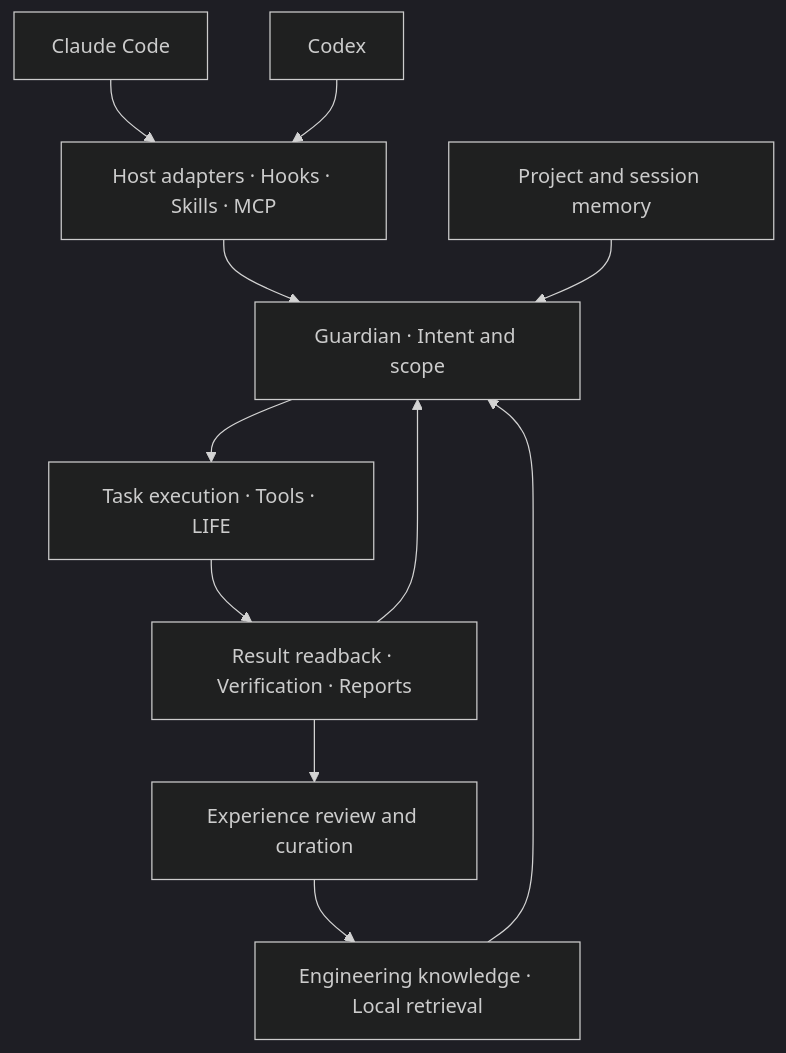
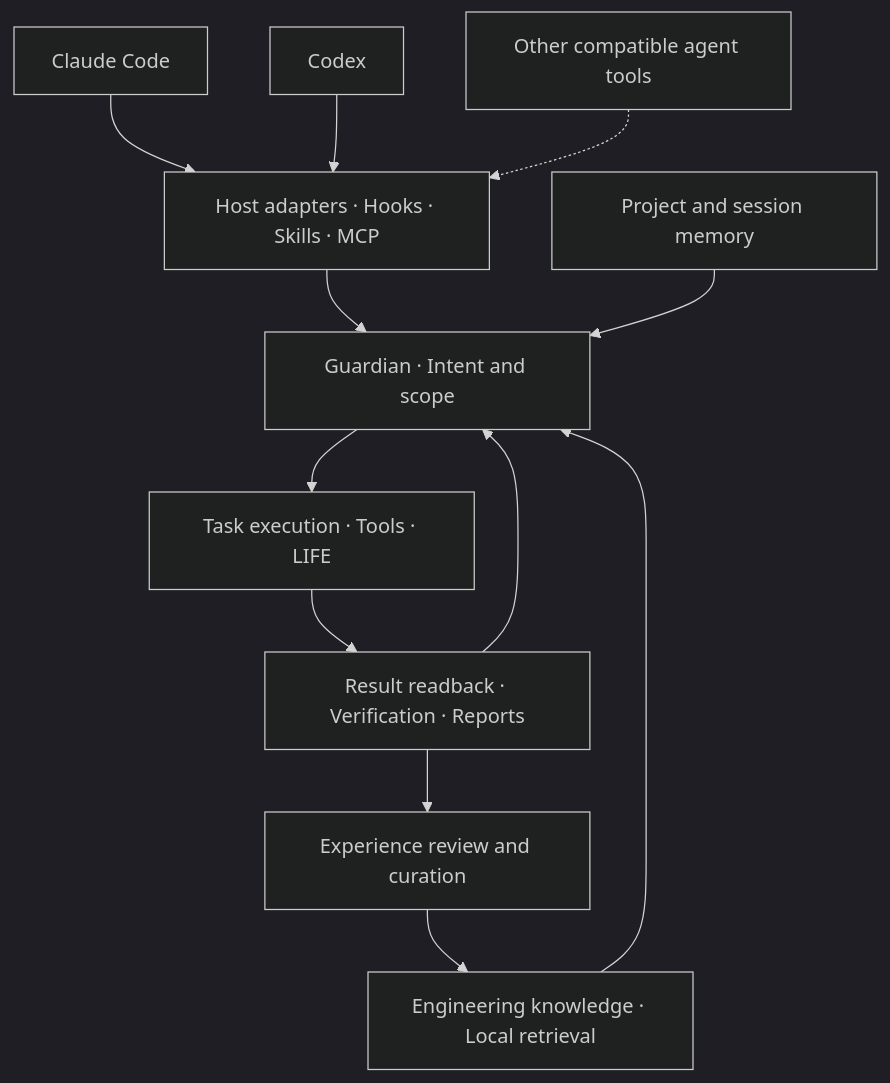
The diagram in README.md (EthanReedLabs/sulde), drawn with Mermaid (dark theme) before and after one commit. The commit also changed other lines of this file and 8 other files, not shown here.

````diff
--- a/README.md
+++ b/README.md
@@ -48,13 +52,14 @@
 ```mermaid
 flowchart TB
     Claude[Claude Code] --> Adapters[Host adapters · Hooks · Skills · MCP]
     Codex[Codex] --> Adapters
+    Compatible[Other compatible agent tools] -.-> Adapters
     Adapters --> Guardian[Guardian · Intent and scope]
     Guardian --> Execution[Task execution · Tools · LIFE]
     Execution --> Evidence[Result readback · Verification · Reports]
     Evidence --> Guardian
     Knowledge[Engineering knowledge · Local retrieval] --> Guardian
     Memory[Project and session memory] --> Guardian
     Evidence --> Review[Experience review and curation]
     Review --> Knowledge
 ```
````
